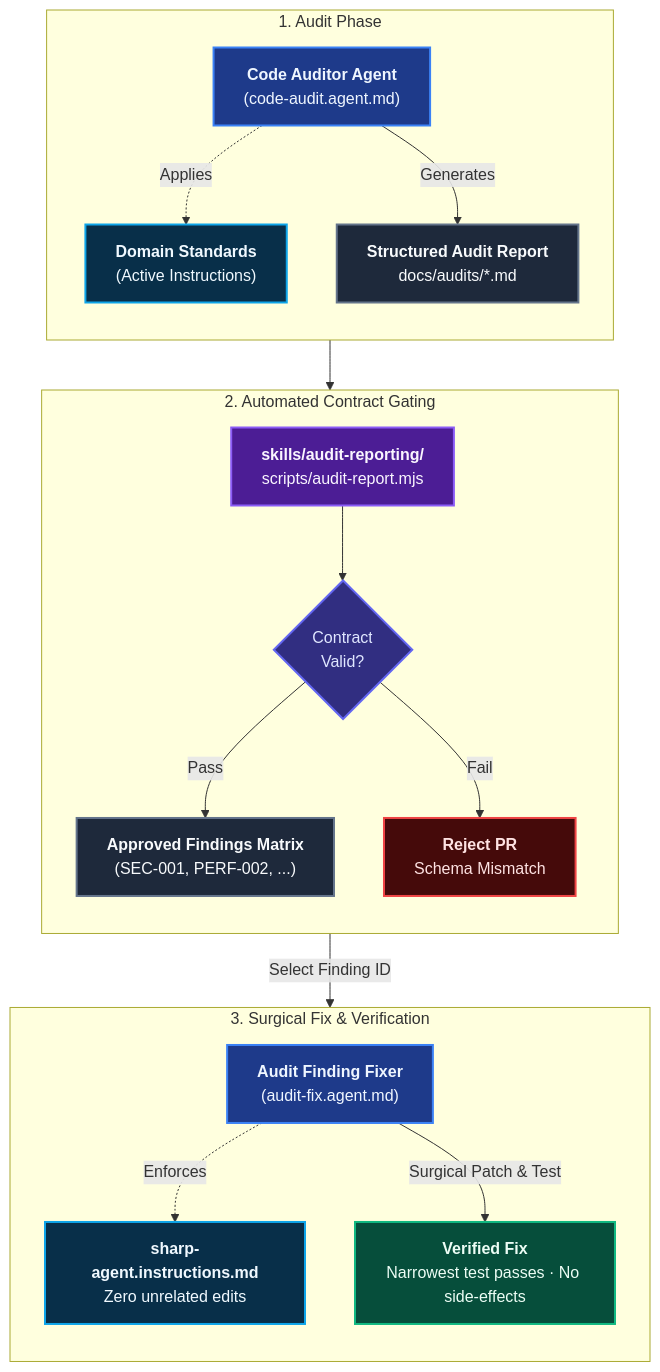
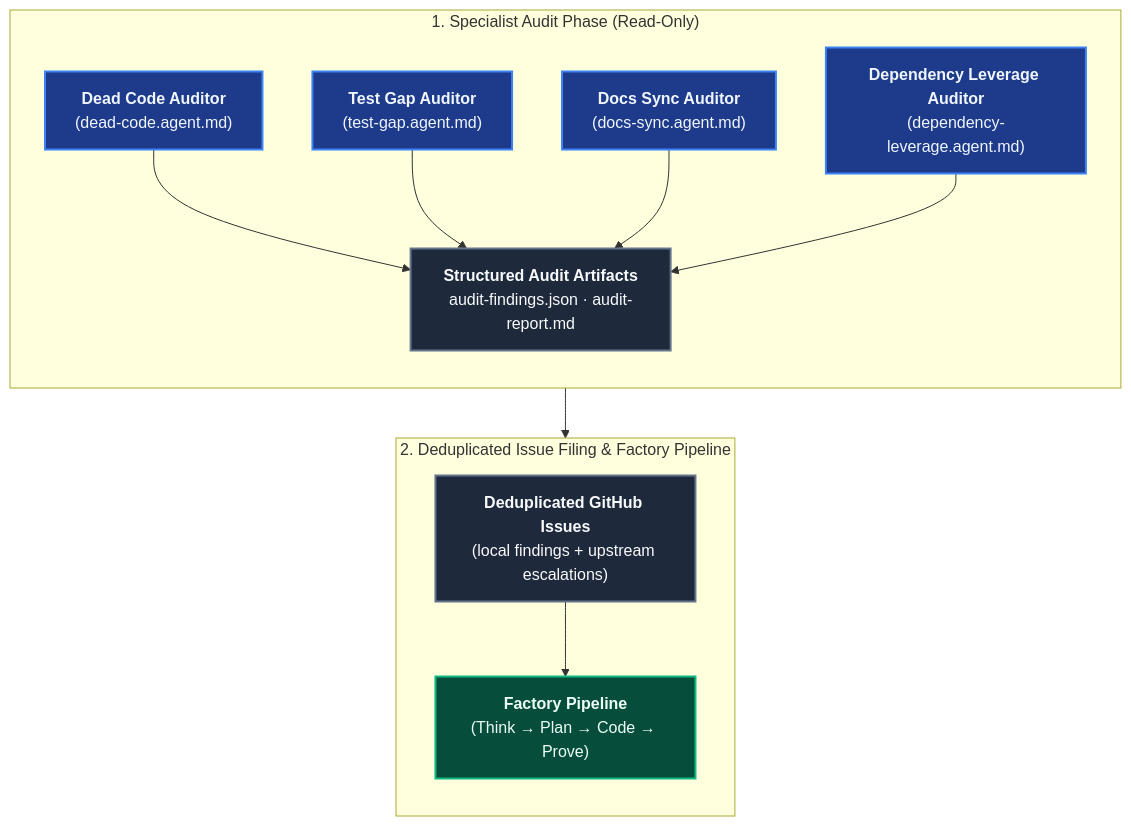
One commit to ALTEN-group/coding-pal changed the diagram in website/docs/guide/domain-audit.md. Above: the diagram before and after it, drawn with Mermaid. The commit also changed other lines of this file and 14 other files, not shown here.

Commit message:
chore: remove legacy code-audit, audit-fix, and audit-reporting primitives

````diff
--- a/website/docs/guide/domain-audit.md
+++ b/website/docs/guide/domain-audit.md
@@ -9,54 +9,35 @@
 ```mermaid
 ---
-caption: Code Audit & Surgical Remediation Lifecycle
+caption: Specialist Codebase Audit & Backlog Remediation Lifecycle
 ---
 flowchart TD
-    subgraph Phase1 ["1. Audit Phase"]
+    subgraph Phase1 ["1. Specialist Audit Phase (Read-Only)"]
         direction TB
-        AG_AUDIT["<b>Code Auditor Agent</b><br/>(code-audit.agent.md)"]
-        STANDARDS["<b>Domain Standards</b><br/>(Active Instructions)"]
-        REPORT["<b>Structured Audit Report</b><br/>docs/audits/*.md"]
+        AG_DEAD["<b>Dead Code Auditor</b><br/>(dead-code.agent.md)"]
+        AG_TEST["<b>Test Gap Auditor</b><br/>(test-gap.agent.md)"]
+        AG_DOCS["<b>Docs Sync Auditor</b><br/>(docs-sync.agent.md)"]
+        AG_DEPS["<b>Dependency Leverage Auditor</b><br/>(dependency-leverage.agent.md)"]
+        ARTIFACTS["<b>Structured Audit Artifacts</b><br/>audit-findings.json · audit-report.md"]
 
-        AG_AUDIT -.->|Applies| STANDARDS
-        AG_AUDIT -->|Generates| REPORT
+        AG_DEAD --> ARTIFACTS
+        AG_TEST --> ARTIFACTS
+        AG_DOCS --> ARTIFACTS
+        AG_DEPS --> ARTIFACTS
     end
 
-    subgraph Phase2 ["2. Automated Contract Gating"]
+    subgraph Phase2 ["2. Deduplicated Issue Filing & Factory Pipeline"]
         direction TB
-        VAL_SCRIPT["<b>skills/audit-reporting/</b><br/>scripts/audit-report.mjs"]
-        VERDICT{"Contract<br/>Valid?"}
-        FINDINGS["<b>Approved Findings Matrix</b><br/>(SEC-001, PERF-002, ...)"]
-        REJECT["<b>Reject PR</b><br/>Schema Mismatch"]
+        ISSUES["<b>Deduplicated GitHub Issues</b><br/>(local findings + upstream escalations)"]
+        FACTORY["<b>Factory Pipeline</b><br/>(Think → Plan → Code → Prove)"]
 
-        REPORT --> VAL_SCRIPT --> VERDICT
-        VERDICT -->|Pass| FINDINGS
-        VERDICT -->|Fail| REJECT
-    end
-
-    subgraph Phase3 ["3. Surgical Fix & Verification"]
-        direction TB
-        AG_FIX["<b>Audit Finding Fixer</b><br/>(audit-fix.agent.md)"]
-        SHARP["<b>sharp-agent.instructions.md</b><br/>Zero unrelated edits"]
-        DONE["<b>Verified Fix</b><br/>Narrowest test passes · No side-effects"]
-
-        FINDINGS -->|Select Finding ID| AG_FIX
-        AG_FIX -.->|Enforces| SHARP
-        AG_FIX -->|Surgical Patch & Test| DONE
+        ARTIFACTS --> ISSUES --> FACTORY
     end
 
     classDef agent fill:#1e3a8a,stroke:#3b82f6,stroke-width:2px,color:#eff6ff;
-    classDef instruction fill:#082f49,stroke:#0ea5e9,stroke-width:2px,color:#f0f9ff;
-    classDef skill fill:#4c1d95,stroke:#8b5cf6,stroke-width:2px,color:#faf5ff;
-    classDef decision fill:#312e81,stroke:#6366f1,stroke-width:2px,color:#e0e7ff;
+    classDef report fill:#1e293b,stroke:#64748b,stroke-width:2px,color:#f8fafc;
     classDef verify fill:#064e3b,stroke:#10b981,stroke-width:2px,color:#ecfdf5;
-    classDef report fill:#1e293b,stroke:#64748b,stroke-width:2px,color:#f8fafc;
-    classDef reject fill:#450a0a,stroke:#ef4444,stroke-width:2px,color:#fee2e2;
 
-    class AG_AUDIT,AG_FIX agent;
-    class STANDARDS,SHARP instruction;
-    class VAL_SCRIPT skill;
-    class VERDICT decision;
-    class REPORT,FINDINGS report;
-    class DONE verify;
-    class REJECT reject;
+    class AG_DEAD,AG_TEST,AG_DOCS,AG_DEPS agent;
+    class ARTIFACTS,ISSUES report;
+    class FACTORY verify;
 ```
````
